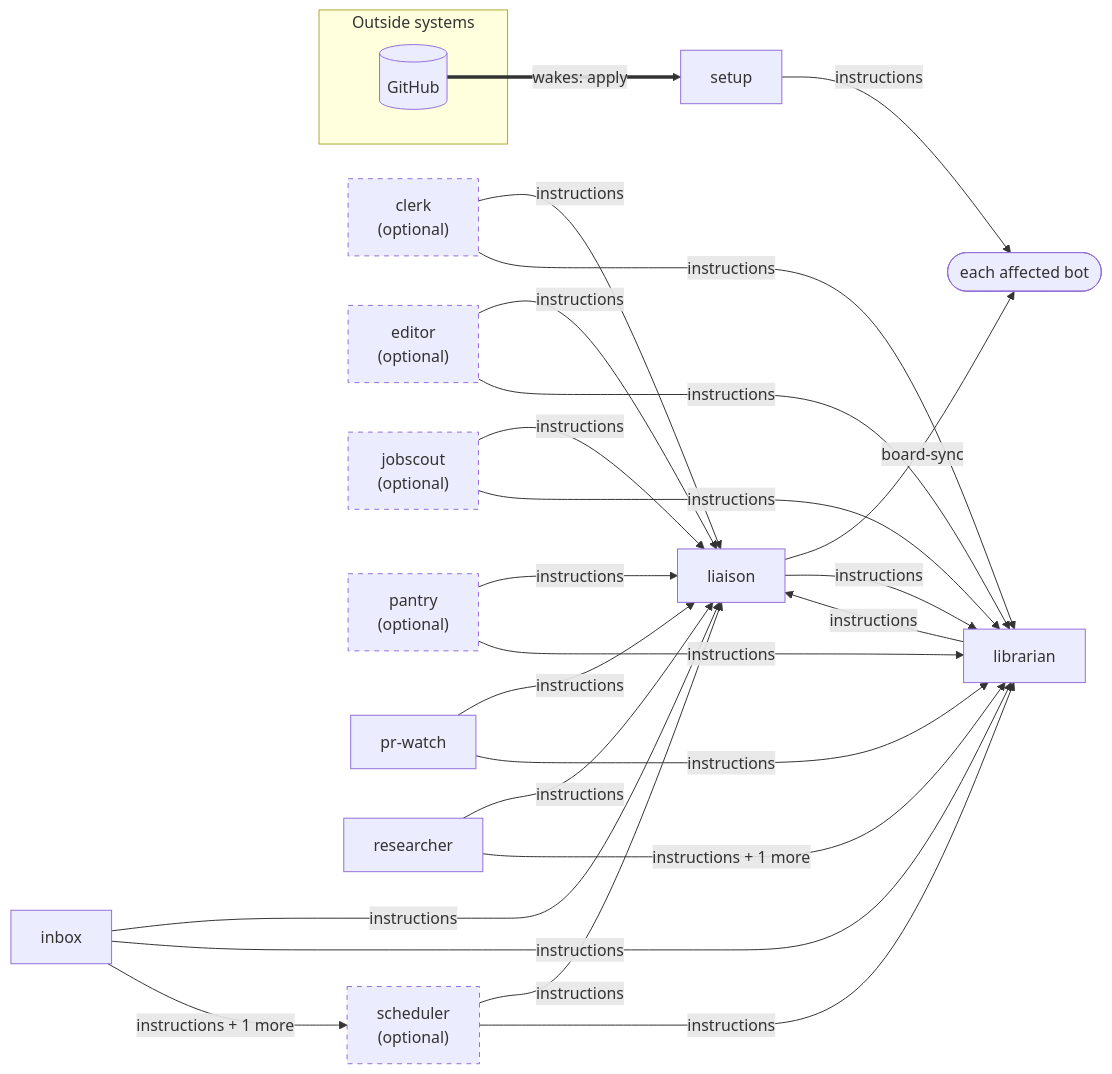
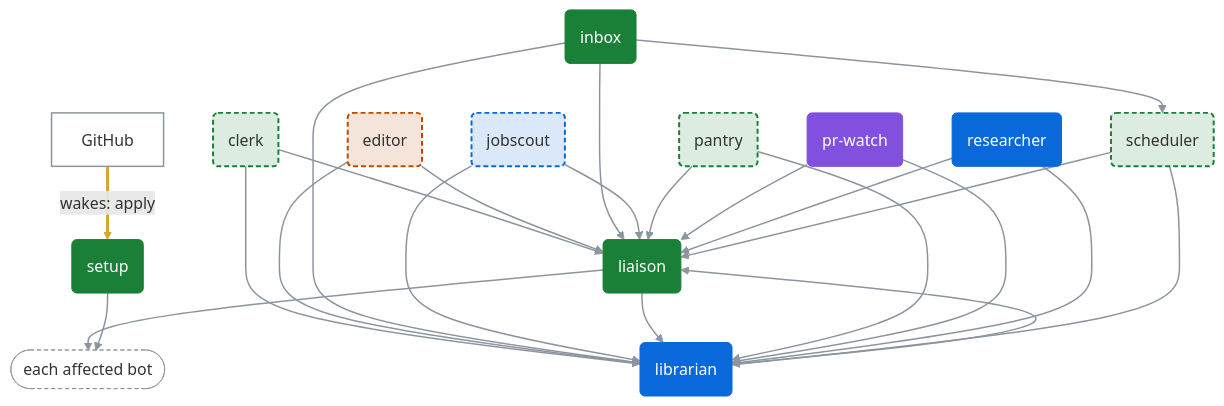
One commit to dfakkeldy/fakkelbot changed the first of 2 diagrams in docs/bot-chart.md. Above: the diagram before and after it, drawn with Mermaid. The commit also changed other lines of this file and 6 other files, not shown here.

First line of the commit message:
feat(scripts): colour the bot chart and draw the schedule as SVG

````diff
--- a/docs/bot-chart.md
+++ b/docs/bot-chart.md
@@ -13,42 +13,57 @@
 ```mermaid
-flowchart LR
-    bot_clerk["clerk<br/>(optional)"]
-    bot_editor["editor<br/>(optional)"]
-    bot_inbox["inbox"]
-    bot_jobscout["jobscout<br/>(optional)"]
-    bot_liaison["liaison"]
-    bot_librarian["librarian"]
-    bot_pantry["pantry<br/>(optional)"]
-    bot_pr_watch["pr-watch"]
-    bot_researcher["researcher"]
-    bot_scheduler["scheduler<br/>(optional)"]
-    bot_setup["setup"]
+%%{init: {"flowchart": {"curve": "basis"}}}%%
+flowchart TB
+    bot_clerk("clerk")
+    bot_editor("editor")
+    bot_inbox("inbox")
+    bot_jobscout("jobscout")
+    bot_liaison("liaison")
+    bot_librarian("librarian")
+    bot_pantry("pantry")
+    bot_pr_watch("pr-watch")
+    bot_researcher("researcher")
+    bot_scheduler("scheduler")
+    bot_setup("setup")
     fan_each_affected_bot(["each affected bot"])
-    subgraph outside["Outside systems"]
-        sys_github[("GitHub")]
-    end
-    bot_clerk -->|"instructions"| bot_liaison
-    bot_clerk -->|"instructions"| bot_librarian
-    bot_editor -->|"instructions"| bot_liaison
-    bot_editor -->|"instructions"| bot_librarian
-    bot_inbox -->|"instructions"| bot_liaison
-    bot_inbox -->|"instructions"| bot_librarian
-    bot_inbox -->|"instructions + 1 more"| bot_scheduler
-    bot_jobscout -->|"instructions"| bot_liaison
-    bot_jobscout -->|"instructions"| bot_librarian
-    bot_liaison -->|"board-sync"| fan_each_affected_bot
-    bot_liaison -->|"instructions"| bot_librarian
-    bot_librarian -->|"instructions"| bot_liaison
-    bot_pantry -->|"instructions"| bot_liaison
-    bot_pantry -->|"instructions"| bot_librarian
-    bot_pr_watch -->|"instructions"| bot_liaison
-    bot_pr_watch -->|"instructions"| bot_librarian
-    bot_researcher -->|"instructions"| bot_liaison
-    bot_researcher -->|"instructions + 1 more"| bot_librarian
-    bot_scheduler -->|"instructions"| bot_liaison
-    bot_scheduler -->|"instructions"| bot_librarian
-    bot_setup -->|"instructions"| fan_each_affected_bot
+    sys_github["GitHub"]
+    bot_clerk --> bot_liaison
+    bot_clerk --> bot_librarian
+    bot_editor --> bot_liaison
+    bot_editor --> bot_librarian
+    bot_inbox --> bot_liaison
+    bot_inbox --> bot_librarian
+    bot_inbox --> bot_scheduler
+    bot_jobscout --> bot_liaison
+    bot_jobscout --> bot_librarian
+    bot_liaison --> fan_each_affected_bot
+    bot_liaison --> bot_librarian
+    bot_librarian --> bot_liaison
+    bot_pantry --> bot_liaison
+    bot_pantry --> bot_librarian
+    bot_pr_watch --> bot_liaison
+    bot_pr_watch --> bot_librarian
+    bot_researcher --> bot_liaison
+    bot_researcher --> bot_librarian
+    bot_scheduler --> bot_liaison
+    bot_scheduler --> bot_librarian
+    bot_setup --> fan_each_affected_bot
     sys_github ==>|"wakes: apply"| bot_setup
-    classDef optional stroke-dasharray: 5 5
-    class bot_clerk,bot_editor,bot_jobscout,bot_pantry,bot_scheduler optional
+    classDef daily_life_optional fill:#1a7f3726,stroke:#1a7f37,stroke-width:2px,stroke-dasharray:5 3
+    class bot_clerk,bot_pantry,bot_scheduler daily_life_optional
+    classDef content_optional fill:#bc4c0026,stroke:#bc4c00,stroke-width:2px,stroke-dasharray:5 3
+    class bot_editor content_optional
+    classDef daily_life fill:#1a7f37,stroke:#1a7f37,color:#ffffff
+    class bot_inbox,bot_liaison,bot_setup daily_life
+    classDef work_optional fill:#0969da26,stroke:#0969da,stroke-width:2px,stroke-dasharray:5 3
+    class bot_jobscout work_optional
+    classDef work fill:#0969da,stroke:#0969da,color:#ffffff
+    class bot_librarian,bot_researcher work
+    classDef builders fill:#8250df,stroke:#8250df,color:#ffffff
+    class bot_pr_watch builders
+    classDef system fill:transparent,stroke:#8c959f,stroke-width:1.5px
+    class sys_github system
+    classDef fan_out fill:transparent,stroke:#8c959f,stroke-dasharray:4 3
+    class fan_each_affected_bot fan_out
+    linkStyle 0,1,2,3,4,5,6,7,8,9,10,11,12,13,14,15,16,17,18,19,20 stroke:#8c959f,stroke-width:1.5px
+    linkStyle 21 stroke:#d4a72c,stroke-width:3px
 ```
````
